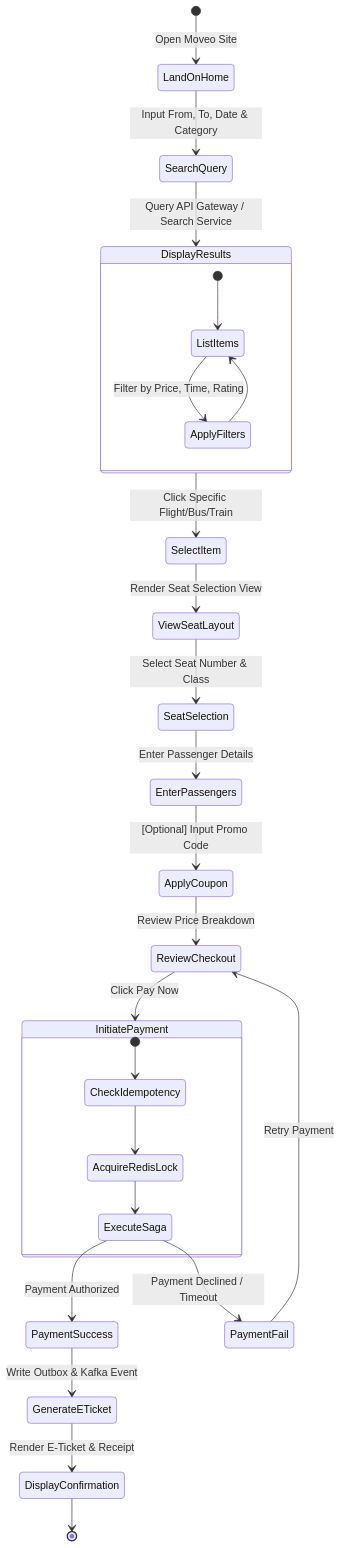
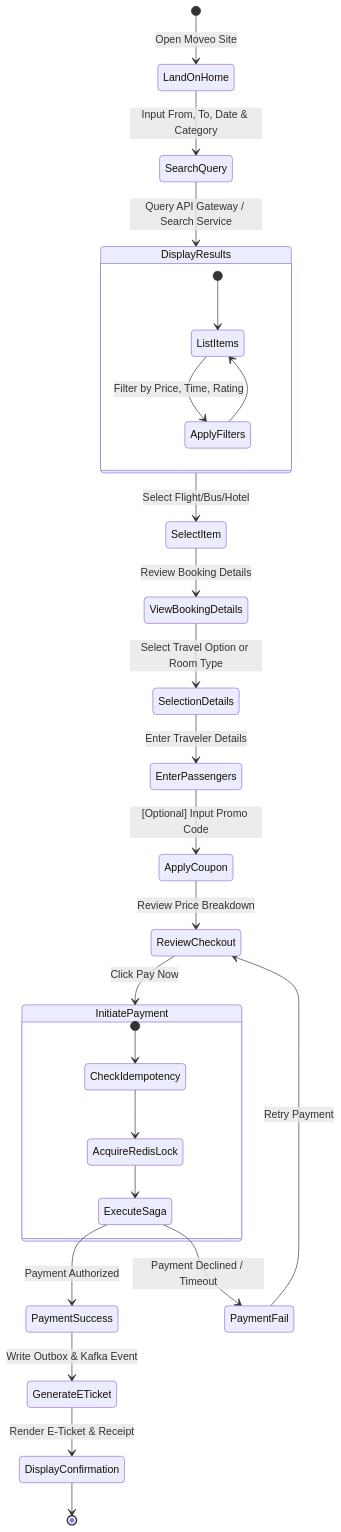
The tenth of 12 diagrams in docs/mca_final_year_project_diagrams_guide.md (AdityaSGaur/moveo), drawn with Mermaid before and after one commit. The commit also changed other lines of this file and 19 other files, not shown here.

Commit message:
refactor: streamline booking flow and project structure

````diff
--- a/docs/mca_final_year_project_diagrams_guide.md
+++ b/docs/mca_final_year_project_diagrams_guide.md
@@ -485,37 +485,37 @@
 ```mermaid
 stateDiagram-v2
     [*] --> LandOnHome: Open Moveo Site
     LandOnHome --> SearchQuery: Input From, To, Date & Category
     SearchQuery --> DisplayResults: Query API Gateway / Search Service
     
     state DisplayResults {
         [*] --> ListItems
         ListItems --> ApplyFilters: Filter by Price, Time, Rating
         ApplyFilters --> ListItems
     }
 
-    DisplayResults --> SelectItem: Click Specific Flight/Bus/Train
-    SelectItem --> ViewSeatLayout: Render Seat Selection View
+    DisplayResults --> SelectItem: Select Flight/Bus/Hotel
+    SelectItem --> ViewBookingDetails: Review Booking Details
     
-    ViewSeatLayout --> SeatSelection: Select Seat Number & Class
-    SeatSelection --> EnterPassengers: Enter Passenger Details
+    ViewBookingDetails --> SelectionDetails: Select Travel Option or Room Type
+    SelectionDetails --> EnterPassengers: Enter Traveler Details
     
     EnterPassengers --> ApplyCoupon: [Optional] Input Promo Code
     ApplyCoupon --> ReviewCheckout: Review Price Breakdown
     
     ReviewCheckout --> InitiatePayment: Click Pay Now
     
     state InitiatePayment {
         [*] --> CheckIdempotency
         CheckIdempotency --> AcquireRedisLock
         AcquireRedisLock --> ExecuteSaga
     }
 
     ExecuteSaga --> PaymentSuccess: Payment Authorized
     ExecuteSaga --> PaymentFail: Payment Declined / Timeout
 
     PaymentFail --> ReviewCheckout: Retry Payment
     PaymentSuccess --> GenerateETicket: Write Outbox & Kafka Event
     GenerateETicket --> DisplayConfirmation: Render E-Ticket & Receipt
     DisplayConfirmation --> [*]
 ```
````
